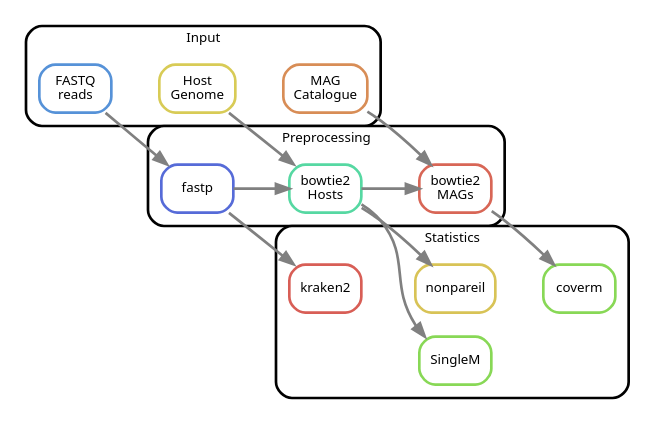
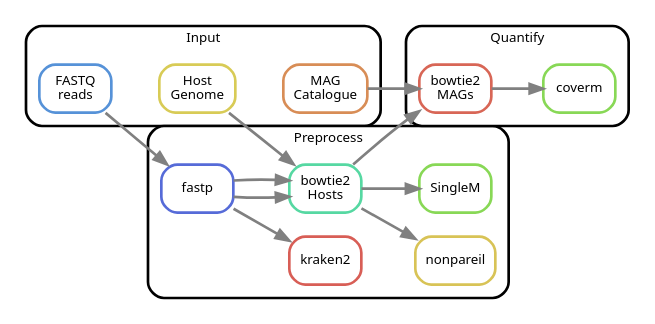
One commit to 3d-omics/bioinfo_detection_limit_test changed the diagram in rulegraph_simple.dot. Above: the diagram before and after it, drawn with Graphviz. The commit also changed 23 other files, not shown here.

Commit message:
feat: reorganize into preprocess and quantify

```diff
--- a/rulegraph_simple.dot
+++ b/rulegraph_simple.dot
@@ -1,50 +1,52 @@
 digraph snakemake_dag {
 	newrank=true;
     rankdir=LR;
     graph[bgcolor=white, margin=0, compound=true];
     node[shape=box, style=rounded, fontname=sans, fontsize=10, penwidth=2];
     edge[penwidth=2, color=grey];
 
 
 
     subgraph cluster_0 {
         label = "Input";
         shape=box; style=rounded; fontname=sans; fontsize=10; penwidth=2; margin=10;
         reads        [label = "FASTQ\nreads", color = "0.59 0.6 0.85", style="rounded"];
 		mags         [label = "MAG\nCatalogue", color = "0.07 0.6 0.85", style="rounded"];
 	    reference    [label = "Host\nGenome", color = "0.15 0.6 0.85", style="rounded"];
     }
 
 	subgraph cluster_1 {
-		label = "Preprocessing";
+		label = "Preprocess";
 		shape=box; style=rounded; fontname=sans; fontsize=10; penwidth=2; margin=10;
     	fastp        [label = "fastp", color = "0.64 0.6 0.85", style="rounded"];
     	bowtie2_host [label = "bowtie2\nHosts", color = "0.43 0.6 0.85", style="rounded"];
-	    bowtie2_mags [label = "bowtie2\nMAGs", color = "0.02 0.6 0.85", style="rounded"];
-		fastp -> bowtie2_host -> bowtie2_mags
+		nonpareil    [label = "nonpareil", color = "0.14 0.6 0.85", style="rounded"];
+		singlem      [label = "SingleM", color = "0.27 0.6 0.85", style="rounded"];
+		kraken2      [label = "kraken2", color = "0.01 0.6 0.85", style="rounded"];
+
+		fastp -> bowtie2_host
 	}
 
 	subgraph cluster_2 {
-		label = "Statistics";
+		label = "Quantify";
 		shape=box; style=rounded; fontname=sans; fontsize=10; penwidth=2; margin=10;
-		nonpareil    [label = "nonpareil", color = "0.14 0.6 0.85", style="rounded"];
+		bowtie2_mags [label = "bowtie2\nMAGs", color = "0.02 0.6 0.85", style="rounded"];
 		coverm       [label = "coverm", color = "0.27 0.6 0.85", style="rounded"];
-		singlem      [label = "SingleM", color = "0.27 0.6 0.85", style="rounded"];
-		kraken2      [label = "kraken2", color = "0.01 0.6 0.85", style="rounded"];
 
 	}
 
 	// {rank=same; bowtie2_host; kraken2; nonpareil; singlem}
 	// {rank=same; bowtie2_mags; coverm}
 
 
     reads -> fastp
     reference -> bowtie2_host
     mags -> bowtie2_mags
 
     fastp -> kraken2
+	fastp -> bowtie2_host
     bowtie2_host -> nonpareil
 	bowtie2_host -> singlem
     bowtie2_mags -> coverm
-
+	 bowtie2_host -> bowtie2_mags
 }
```
